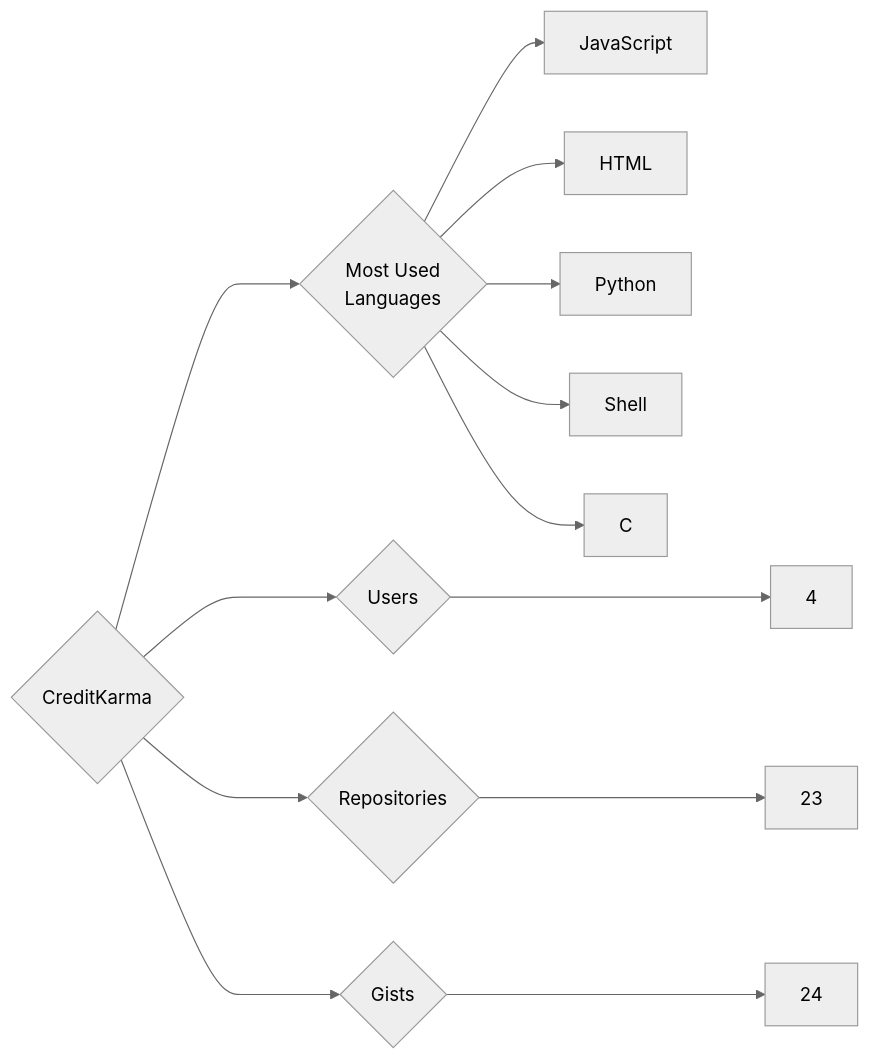
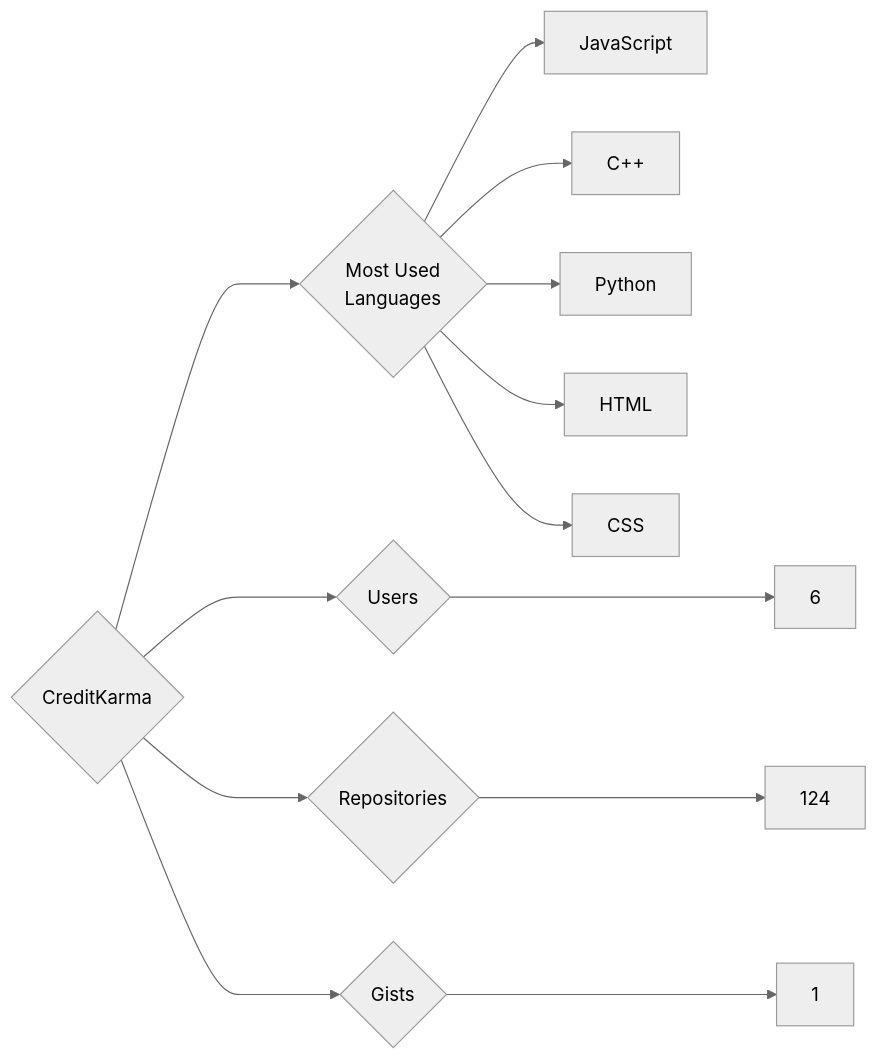
The diagram in targets/CreditKarma/README.md (trickest/insiders), drawn with Mermaid (neutral theme) before and after one commit. The commit also changed 985 other files, not shown here.

````diff
--- a/targets/CreditKarma/README.md
+++ b/targets/CreditKarma/README.md
@@ -3,13 +3,13 @@
 ```mermaid
 graph LR
 COMPANY_NAME{CreditKarma}
-COMPANY_NAME ---> U{Users} ---> UN[4]
-COMPANY_NAME ---> R{Repositories} ---> RN[23]
-COMPANY_NAME ---> G{Gists} ---> GN[24]
+COMPANY_NAME ---> U{Users} ---> UN[6]
+COMPANY_NAME ---> R{Repositories} ---> RN[124]
+COMPANY_NAME ---> G{Gists} ---> GN[1]
 COMPANY_NAME ---> ML{Most Used<br>Languages}
 ML --> JavaScript[JavaScript]
+ML --> C++[C++]
+ML --> Python[Python]
 ML --> HTML[HTML]
-ML --> Python[Python]
-ML --> Shell[Shell]
-ML --> C[C]
+ML --> CSS[CSS]
 ```
````
